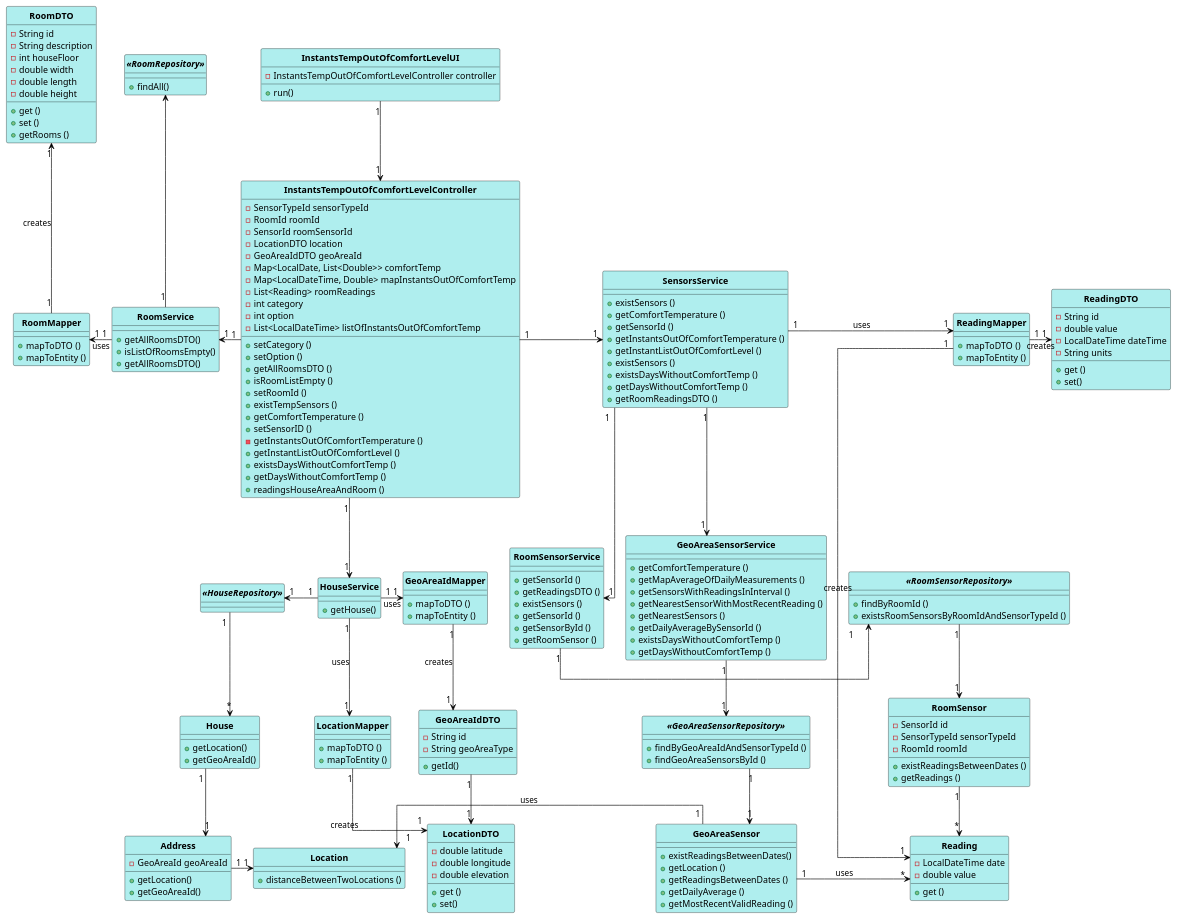
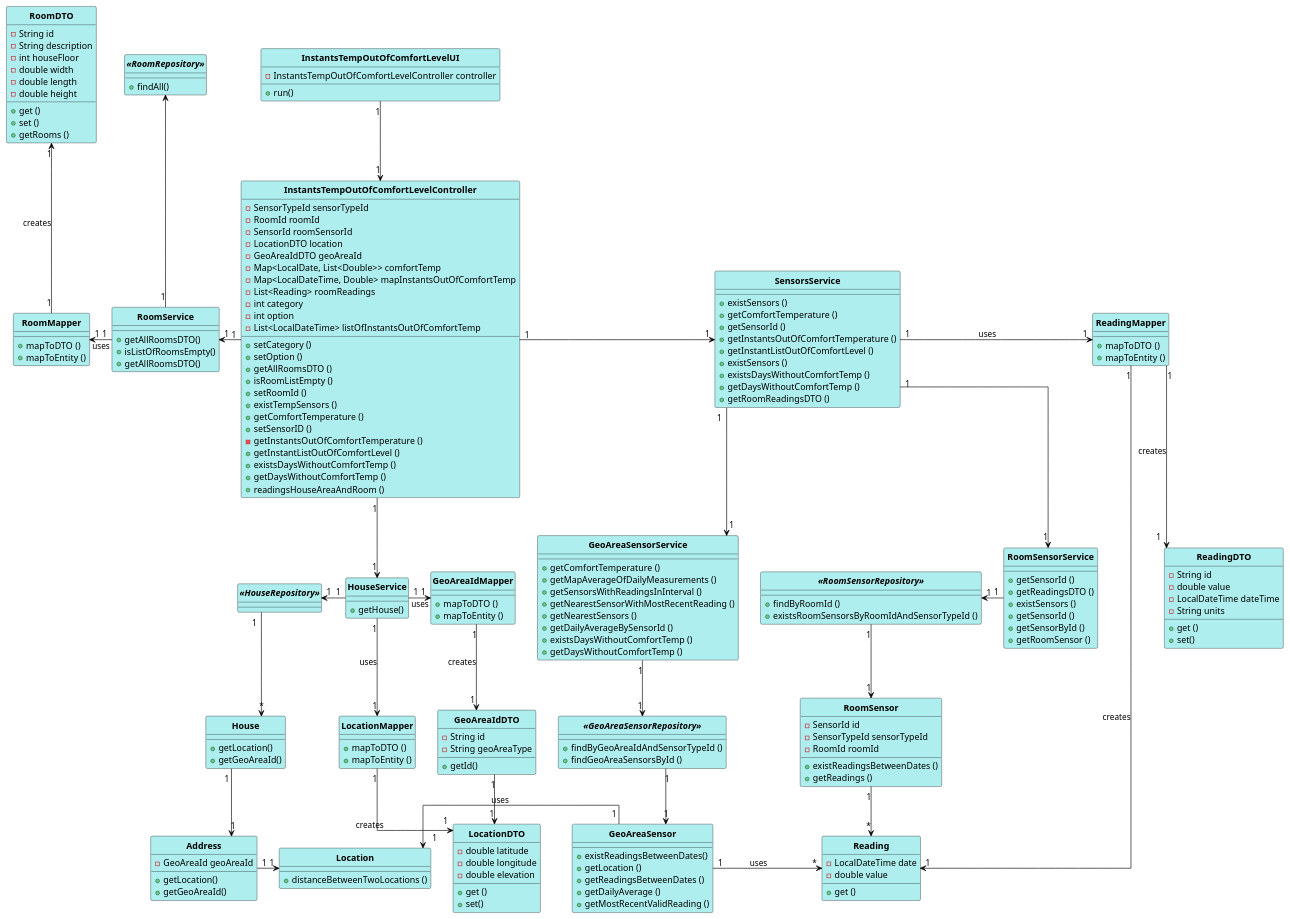
Before and after one commit to 1181687/hateoasToy: the diagram in src/main/java/pt/ipp/isep/dei/project/controllers/instantstempoutofcomfortlevelcontroller/CD_InstantsTempOutOfComfortLevel.puml, drawn with PlantUML. The commit also changed 6 other files, not shown here.

```diff
--- a/src/main/java/pt/ipp/isep/dei/project/controllers/instantstempoutofcomfortlevelcontroller/CD_InstantsTempOutOfComfortLevel.puml
+++ b/src/main/java/pt/ipp/isep/dei/project/controllers/instantstempoutofcomfortlevelcontroller/CD_InstantsTempOutOfComfortLevel.puml
@@ -32,7 +32,7 @@
 Address "1" -right-> "1" Location
 SensorsService "1" -> "1" ReadingMapper: uses
 ReadingMapper "1" -> "1" Reading: creates
-ReadingMapper "1" -right-> "1" ReadingDTO: creates
+ReadingMapper "1" -down-> "1" ReadingDTO: creates
 RoomService "1" -left-> "1" RoomMapper: uses
 RoomMapper "1" -up-> "1" RoomDTO: creates
 HouseService "1" --> "1" LocationMapper: uses
```
